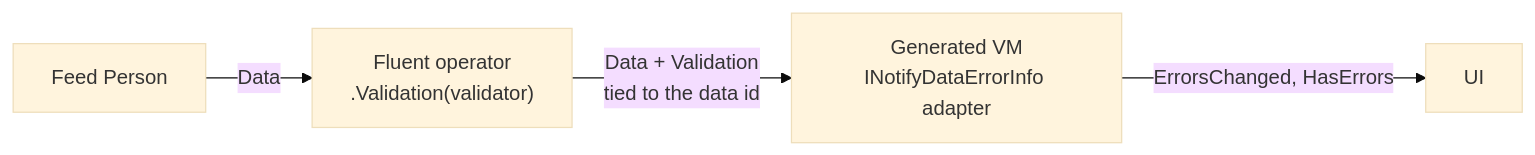
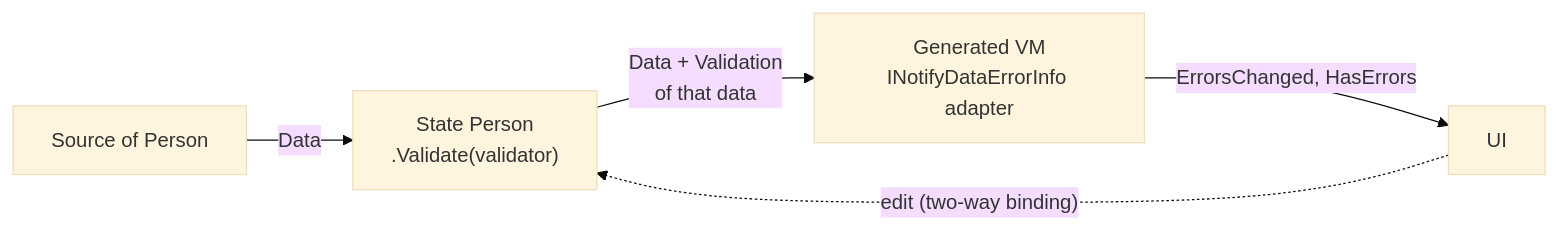
One commit to unoplatform/uno.extensions changed the fourth of 7 diagrams in specs/018-mvux-mocking-and-validation/spec.md. Above: the diagram before and after it, drawn with Mermaid (base theme). The commit also changed other lines of this file, not shown here.

First line of the commit message:
docs(specs): record in spec 018 that live validation is held by the state

````diff
--- a/specs/018-mvux-mocking-and-validation/spec.md
+++ b/specs/018-mvux-mocking-and-validation/spec.md
@@ -201,6 +218,7 @@
 ```mermaid
 flowchart LR
-    SRC["Feed Person"] -->|"Data"| OP["Fluent operator<br/>.Validation(validator)"]
-    OP -->|"Data + Validation<br/>tied to the data id"| VM["Generated VM<br/>INotifyDataErrorInfo adapter"]
+    SRC["Source of Person"] -->|"Data"| ST["State Person<br/>.Validate(validator)"]
+    ST -->|"Data + Validation<br/>of that data"| VM["Generated VM<br/>INotifyDataErrorInfo adapter"]
     VM -->|"ErrorsChanged, HasErrors"| UI["UI"]
+    UI -.->|"edit (two-way binding)"| ST
 ```
````
